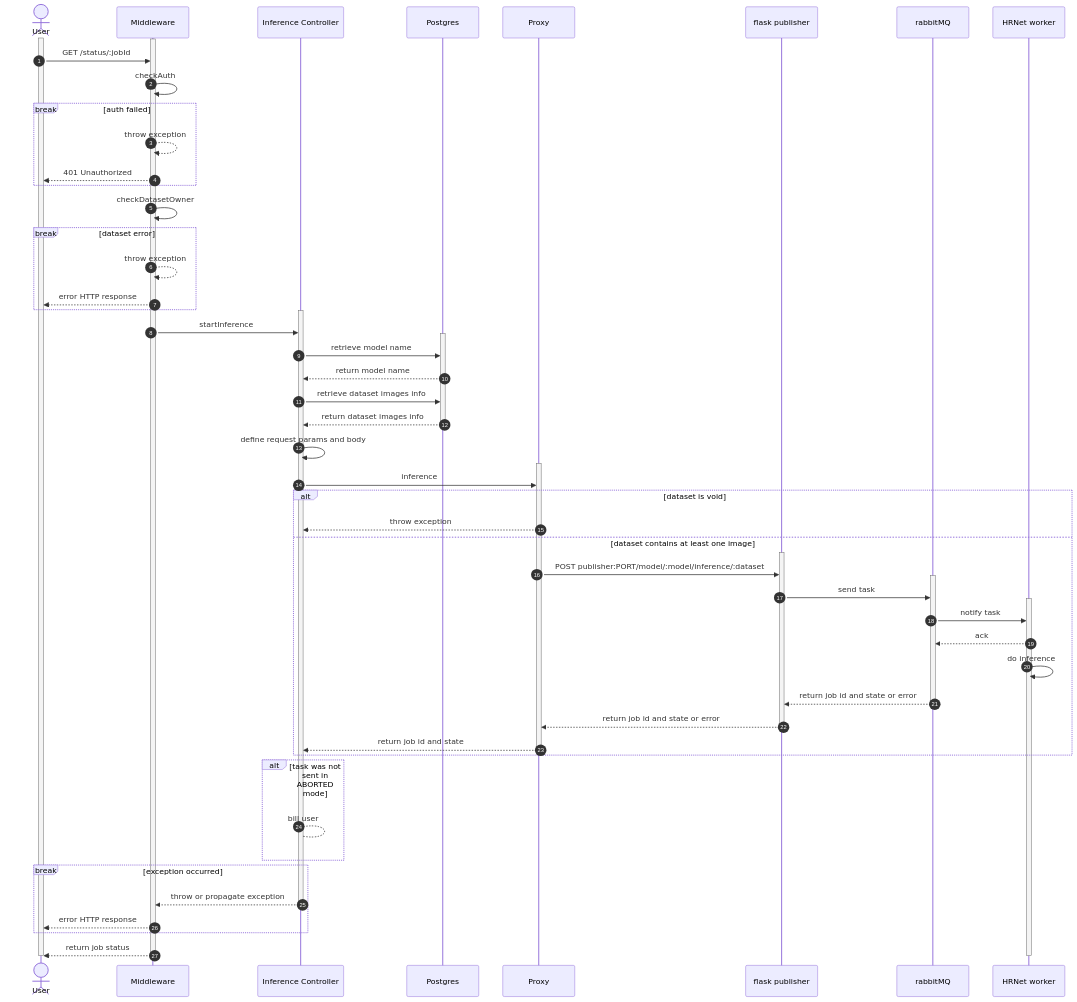
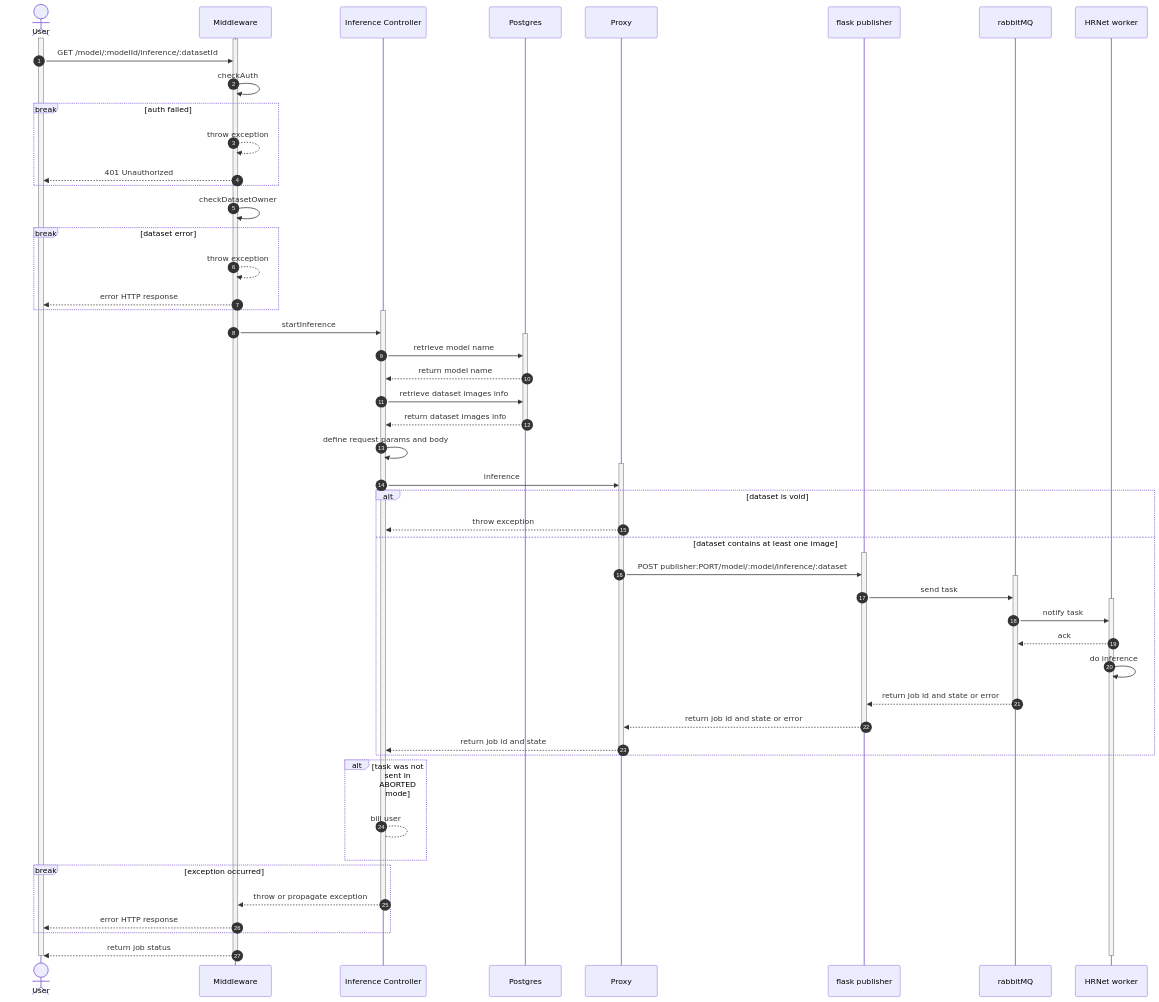
One commit to Vito-Scaraggi/PoseEstimator changed the tenth of 11 diagrams in README.md. Above: the diagram before and after it, drawn with Mermaid. The commit also changed other lines of this file, not shown here.

````diff
--- a/README.md
+++ b/README.md
@@ -345,68 +345,68 @@
 ```mermaid
 
 sequenceDiagram
 autonumber
 actor U as User<br><br>
 participant M as Middleware
 participant C as Inference Controller
 participant P as Postgres
 participant PR as Proxy
 participant F as flask publisher
 participant Q as rabbitMQ
 participant W as HRNet worker
 
 activate U
 activate M
-U ->> M: GET /status/:jobId
+U ->> M: GET /model/:modelId/inference/:datasetId
 M ->> M: checkAuth
 break auth failed
 M -->> M : throw exception
 M -->> U: 401 Unauthorized
 end
 M ->> M: checkDatasetOwner
 break dataset error
 M -->> M : throw exception
 M -->> U: error HTTP response
 end
 activate C
 M ->> C: startInference
 activate P
 C ->> P : retrieve model name
 P -->> C : return model name
 C ->> P: retrieve dataset images info
 P -->> C: return dataset images info
 deactivate P
 C ->> C : define request params and body
 activate PR
 C ->> PR: inference
 alt dataset is void
 PR -->> C : throw exception
 else dataset contains at least one image
 activate F
 PR ->> F : POST publisher:PORT/model/:model/inference/:dataset
 activate Q
 F ->> Q : send task
 activate W
 Q ->> W : notify task
 W -->> Q : ack
 W ->> W : do inference
 Q -->> F : return job id and state or error
 deactivate Q
 F -->> PR : return job id and state or error
 deactivate F
 PR -->> C : return job id and state
 deactivate PR
 end
 alt task was not sent in ABORTED mode
   C --> C : bill user
 end
 break exception occurred
 C -->> M : throw or propagate exception
 deactivate C
 M -->> U : error HTTP response
 end
 M -->> U : return job status
 deactivate M
 deactivate U
 deactivate W
 ```
````
